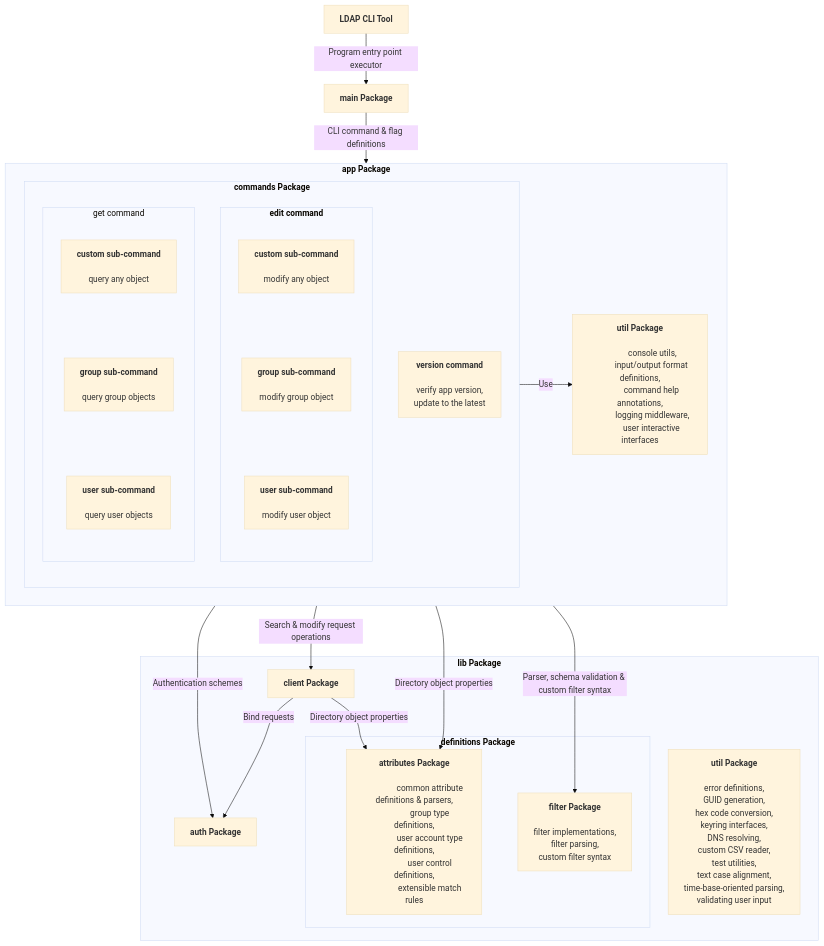
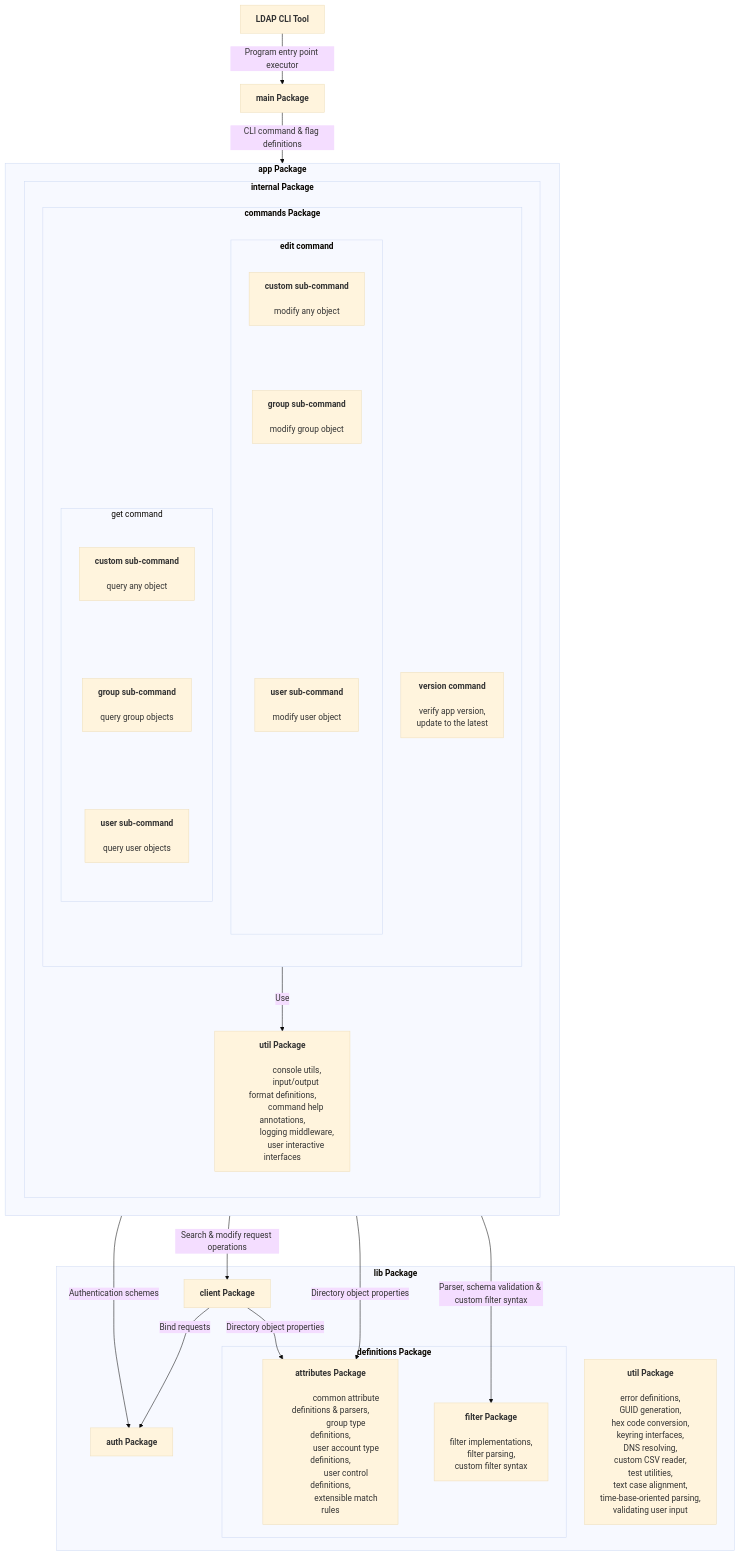
The diagram in README.md (sarumaj/ldap-cli), drawn with Mermaid (base theme) before and after one commit. The commit also changed 21 other files, not shown here.

Commit message:
move app util pkg to internal

````diff
--- a/README.md
+++ b/README.md
@@ -313,58 +313,60 @@
         "]
     end
     subgraph App["<b>app Package</b>"]
-        subgraph Commands["<b>commands Package</b>"]
-            subgraph EditCmd["<b>edit command</b>"]
-                direction TB
-                EditCustom["
-                    <b>custom sub-command</b>
+      subgraph Internal["<b>internal Package</b>"]
+          subgraph Commands["<b>commands Package</b>"]
+              subgraph EditCmd["<b>edit command</b>"]
+                  direction TB
+                  EditCustom["
+                      <b>custom sub-command</b>
 
-                    modify any object
-                "]
-                EditGroup["
-                    <b>group sub-command</b>
+                      modify any object
+                  "]
+                  EditGroup["
+                      <b>group sub-command</b>
 
-                    modify group object
-                "]
-                EditUser["
-                    <b>user sub-command</b>
+                      modify group object
+                  "]
+                  EditUser["
+                      <b>user sub-command</b>
 
-                    modify user object
-                "]
-            end
-            subgraph GetCmd["get command"]
-                direction TB
-                GetCustom["
-                    <b>custom sub-command</b>
+                      modify user object
+                  "]
+              end
+              subgraph GetCmd["get command"]
+                  direction TB
+                  GetCustom["
+                      <b>custom sub-command</b>
 
-                    query any object
-                "]
-                GetGroup["
-                    <b>group sub-command</b>
+                      query any object
+                  "]
+                  GetGroup["
+                      <b>group sub-command</b>
 
-                    query group objects
-                "]
-                GetUser["
-                    <b>user sub-command</b>
+                      query group objects
+                  "]
+                  GetUser["
+                      <b>user sub-command</b>
 
-                    query user objects
-                "]
-            end
-            VersionCmd["
-                <b>version command</b>
+                      query user objects
+                  "]
+              end
+              VersionCmd["
+                  <b>version command</b>
 
-                verify app version,
-                update to the latest
-            "]
-        end
-        UtilApp["
-            <b>util Package</b>
+                  verify app version,
+                  update to the latest
+              "]
+          end
+          UtilApp["
+              <b>util Package</b>
 
-            console utils,
-            input/output format definitions,
-            command help annotations,
-            logging middleware,
-            user interactive interfaces
-        "]
+              console utils,
+              input/output format definitions,
+              command help annotations,
+              logging middleware,
+              user interactive interfaces
+          "]
+      end
     end
 ```
````
